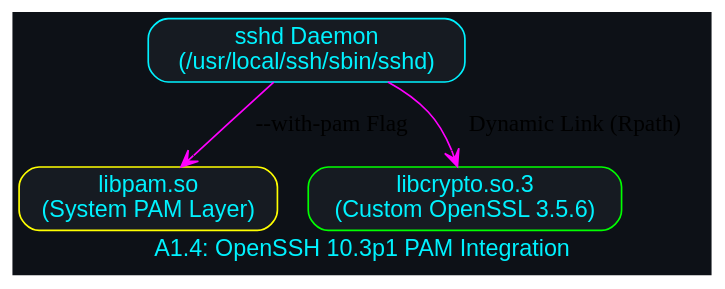
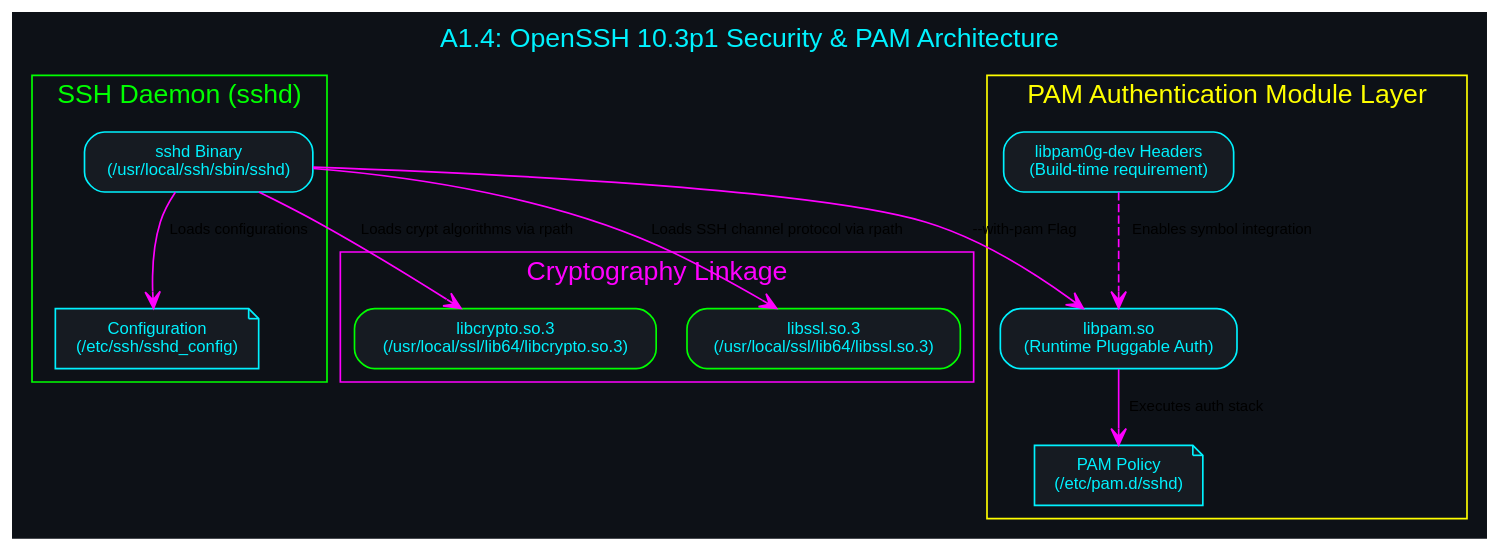
The diagram in diagrams/compilations/arch_openssh_pam.dot (danindiana/hybrid-framework), drawn with Graphviz before and after one commit. The commit also changed 74 other files, not shown here.

Commit message:
docs: expand compilation diagrams to include detailed subgraphs and annotations

```diff
--- a/diagrams/compilations/arch_openssh_pam.dot
+++ b/diagrams/compilations/arch_openssh_pam.dot
@@ -1,12 +1,38 @@
 digraph ArchOpenSSHPAM {
-        graph [bgcolor="#0d1117", fontname="Helvetica", fontcolor="#00f2ff", label="A1.4: OpenSSH 10.3p1 PAM Integration"];
-        node [shape=box, style="filled,rounded", color="#00f2ff", fontcolor="#00f2ff", fillcolor="#161b22", fontname="Helvetica"];
-        edge [color="#ff00ff", arrowhead=vee];
+        graph [bgcolor="#0d1117", fontname="Helvetica", fontcolor="#00f2ff", label="A1.4: OpenSSH 10.3p1 Security & PAM Architecture", labelloc="t", fontsize=16];
+        node [shape=box, style="filled,rounded", color="#00f2ff", fontcolor="#00f2ff", fillcolor="#161b22", fontname="Helvetica", fontsize=10];
+        edge [color="#ff00ff", arrowhead=vee, fontname="Helvetica", fontsize=9];
 
-        SSHD [label="sshd Daemon\n(/usr/local/ssh/sbin/sshd)"];
-        PAM_Module [label="libpam.so\n(System PAM Layer)", color="#ffff00"];
-        LibCrypto [label="libcrypto.so.3\n(Custom OpenSSL 3.5.6)", color="#00ff00"];
+        subgraph cluster_ssh_daemon {
+            label = "SSH Daemon (sshd)";
+            color = "#00ff00";
+            fontcolor = "#00ff00";
+            SSHD_Bin [label="sshd Binary\n(/usr/local/ssh/sbin/sshd)"];
+            SSHD_Config [label="Configuration\n(/etc/ssh/sshd_config)", shape=note];
+            SSHD_Bin -> SSHD_Config [label="Loads configurations"];
+        }
 
-        SSHD -> PAM_Module [label="--with-pam Flag"];
-        SSHD -> LibCrypto [label="Dynamic Link (Rpath)"];
+        subgraph cluster_auth_framework {
+            label = "PAM Authentication Module Layer";
+            color = "#ffff00";
+            fontcolor = "#ffff00";
+            PAM_Header [label="libpam0g-dev Headers\n(Build-time requirement)"];
+            PAM_Library [label="libpam.so\n(Runtime Pluggable Auth)"];
+            PAM_Config [label="PAM Policy\n(/etc/pam.d/sshd)", shape=note];
+            
+            PAM_Header -> PAM_Library [label="Enables symbol integration", style=dashed];
+            PAM_Library -> PAM_Config [label="Executes auth stack"];
+        }
+
+        subgraph cluster_crypto_layer {
+            label = "Cryptography Linkage";
+            color = "#ff00ff";
+            fontcolor = "#ff00ff";
+            LibCrypto [label="libcrypto.so.3\n(/usr/local/ssl/lib64/libcrypto.so.3)", color="#00ff00"];
+            LibSSL [label="libssl.so.3\n(/usr/local/ssl/lib64/libssl.so.3)", color="#00ff00"];
+        }
+
+        SSHD_Bin -> PAM_Library [label="--with-pam Flag"];
+        SSHD_Bin -> LibCrypto [label="Loads crypt algorithms via rpath"];
+        SSHD_Bin -> LibSSL [label="Loads SSH channel protocol via rpath"];
     }
```
